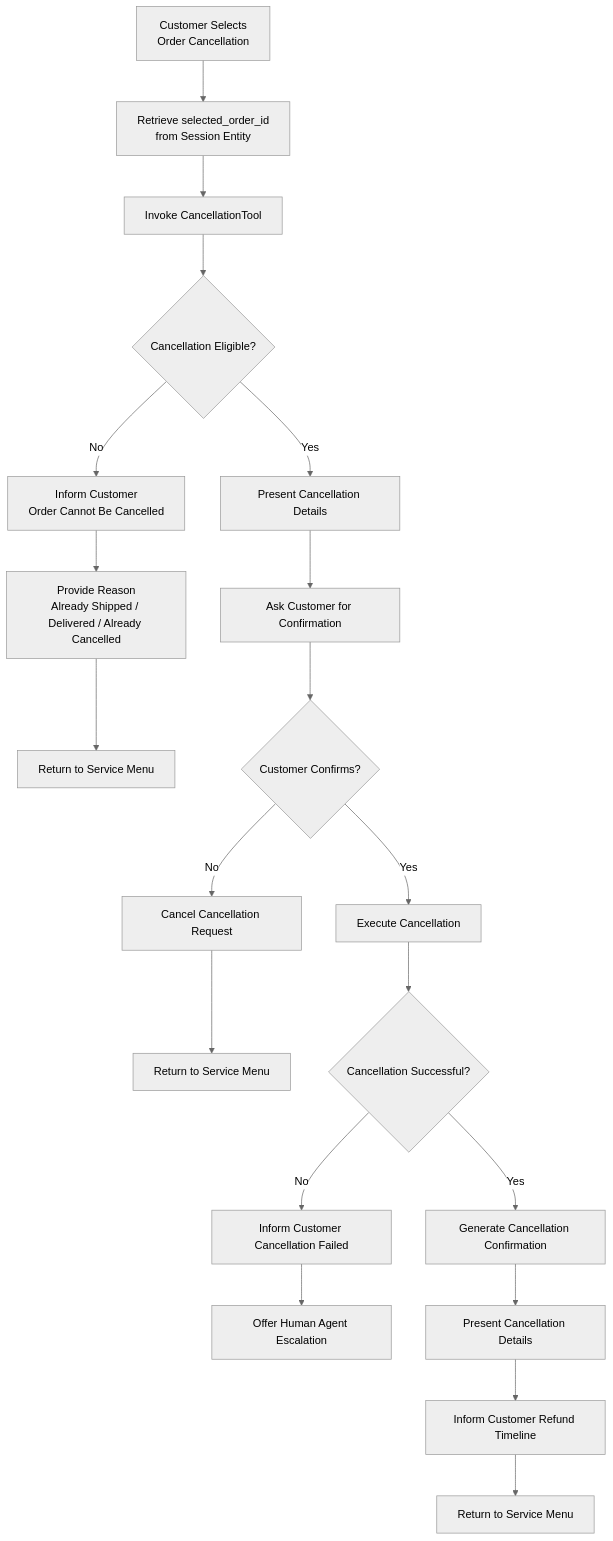
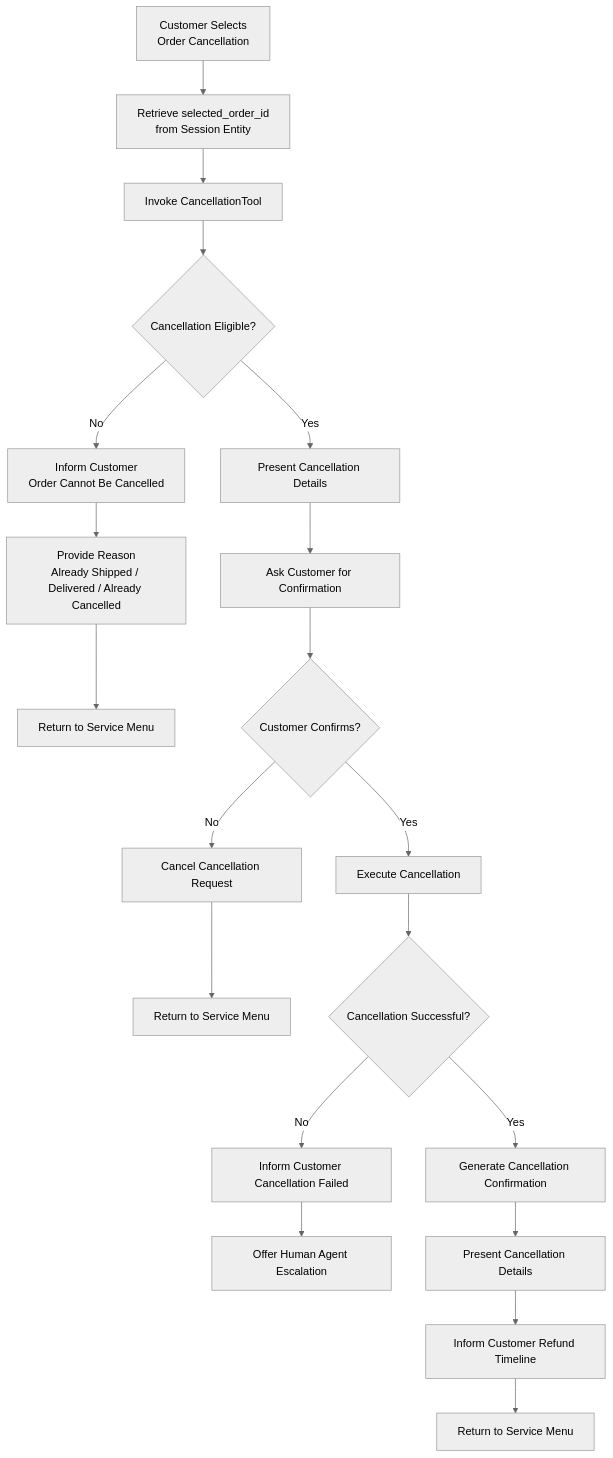
Before and after one commit to anshikasaini12/retail-cx-voice-agent-gcp: the diagram in diagrams/cancellation_flow.mmd, drawn with Mermaid (neutral theme).

```diff
--- a/diagrams/cancellation_flow.mmd
+++ b/diagrams/cancellation_flow.mmd
@@ -1,42 +1,42 @@
-%%{init: {'flowchart': {'nodeSpacing': 50, 'rankSpacing': 60}} }%%
+%%{init: {'flowchart': {'useMaxWidth': false}} }%%
 flowchart TD
 
 A[Customer Selects<br/>Order Cancellation]
 
 --> B[Retrieve selected_order_id<br/>from Session Entity]
 
 --> C[Invoke CancellationTool]
 
 --> D{Cancellation Eligible?}
 
 D -- No --> E[Inform Customer <br/>Order Cannot Be Cancelled]
 
 E --> F[Provide Reason<br/>Already Shipped / Delivered / Already Cancelled]
 
 F --> G[Return to Service Menu]
 
 D -- Yes --> H[Present Cancellation Details]
 
 H --> I[Ask Customer for Confirmation]
 
 I --> J{Customer Confirms?}
 
 J -- No --> K[Cancel Cancellation Request]
 
 K --> L[Return to Service Menu]
 
 J -- Yes --> M[Execute Cancellation]
 
 M --> N{Cancellation Successful?}
 
 N -- No --> O[Inform Customer Cancellation Failed]
 
 O --> P[Offer Human Agent Escalation]
 
 N -- Yes --> Q[Generate Cancellation Confirmation]
 
 Q --> R[Present Cancellation Details]
 
 R --> S[Inform Customer Refund Timeline]
 
 S --> T[Return to Service Menu]
```
